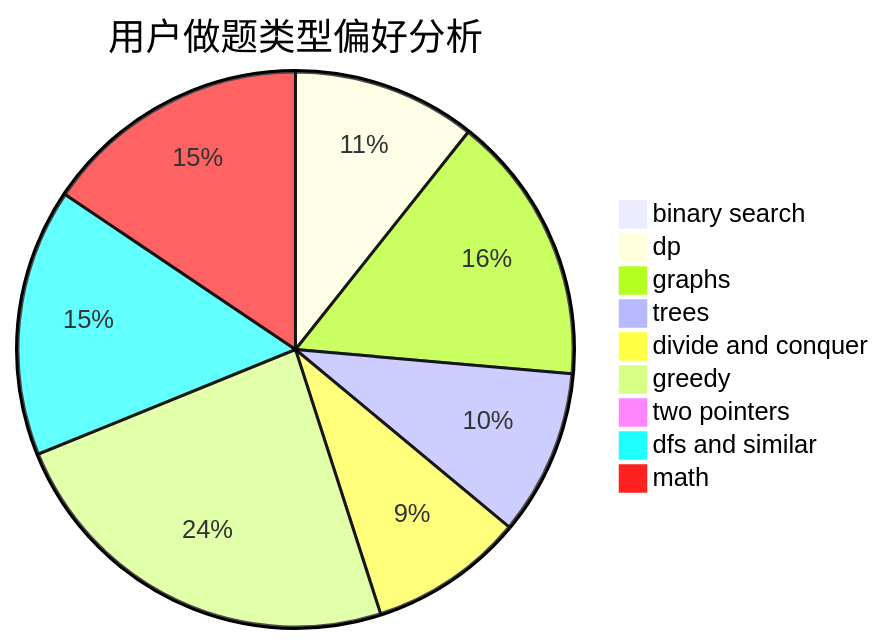
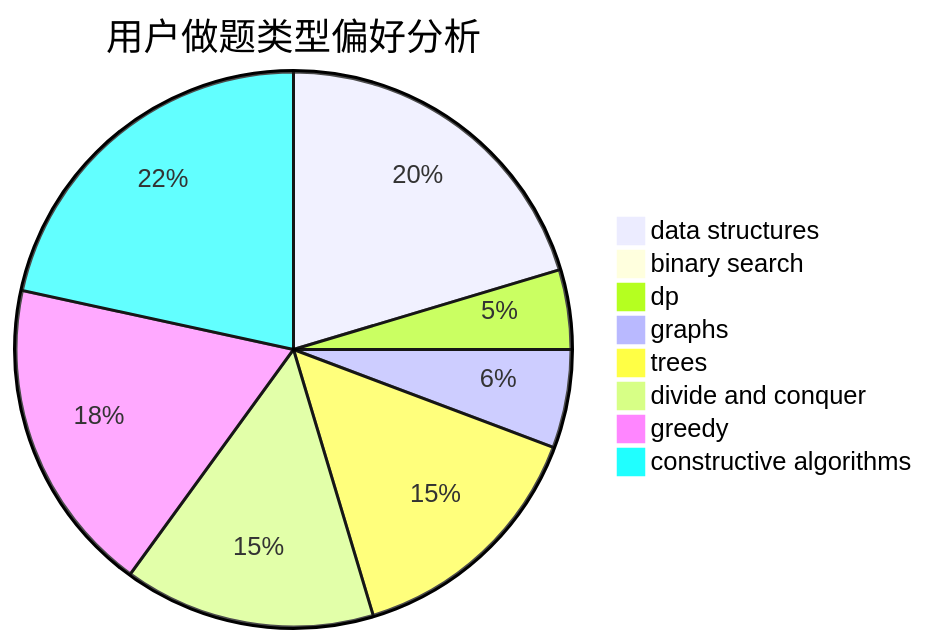
Before and after one commit to sherpahu/cfrs.github.io: the second of 3 diagrams in docs/user/u856.md, drawn with Mermaid. The commit also changed other lines of this file and 2775 other files, not shown here.

````diff
--- a/docs/user/u856.md
+++ b/docs/user/u856.md
@@ -23,12 +23,11 @@
 ```mermaid
 pie title 用户做题类型偏好分析
-    "binary search" :  5
-    "dp" :  153
-    "graphs" :  225
-    "trees" :  138
-    "divide and conquer" :  129
-    "greedy" :  341
-    "two pointers" :  8
-    "dfs and similar" :  223
-    "math" :  223
+    "data structures" :  167
+    "binary search" :  0
+    "dp" :  38
+    "graphs" :  47
+    "trees" :  120
+    "divide and conquer" :  120
+    "greedy" :  151
+    "constructive algorithms" :  177
 ```
````
